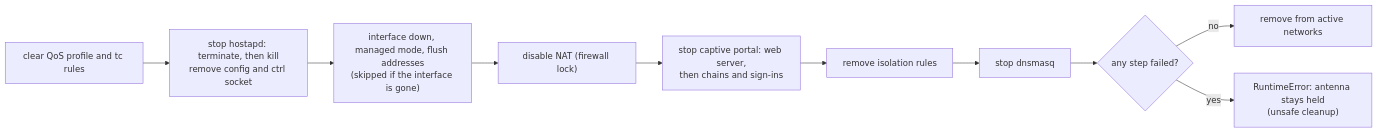
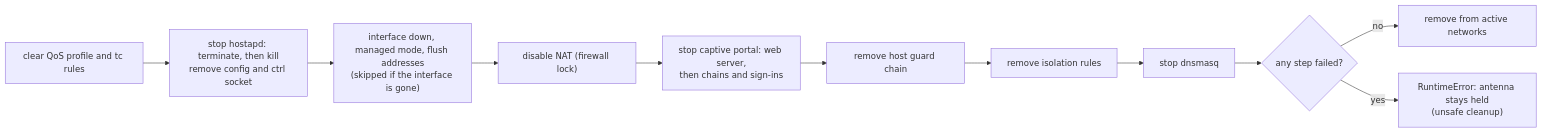
The eighth of 15 diagrams in docs/architecture.md (caporalesimone/wi-lab), drawn with Mermaid before and after one commit. The commit also changed other lines of this file and 12 other files, not shown here.

````diff
--- a/docs/architecture.md
+++ b/docs/architecture.md
@@ -475,12 +490,13 @@
 ```mermaid
 flowchart LR
     A["clear QoS profile and tc rules"] --> B["stop hostapd: terminate, then kill<br/>remove config and ctrl socket"]
     B --> C["interface down, managed mode, flush addresses<br/>(skipped if the interface is gone)"]
     C --> D["disable NAT (firewall lock)"]
     D --> CPS["stop captive portal: web server,<br/>then chains and sign-ins"]
-    CPS --> E["remove isolation rules"]
+    CPS --> HG["remove host guard chain"]
+    HG --> E["remove isolation rules"]
     E --> F["stop dnsmasq"]
     F --> G{"any step failed?"}
     G -->|no| H["remove from active networks"]
     G -->|yes| I["RuntimeError: antenna stays held<br/>(unsafe cleanup)"]
 ```
````
